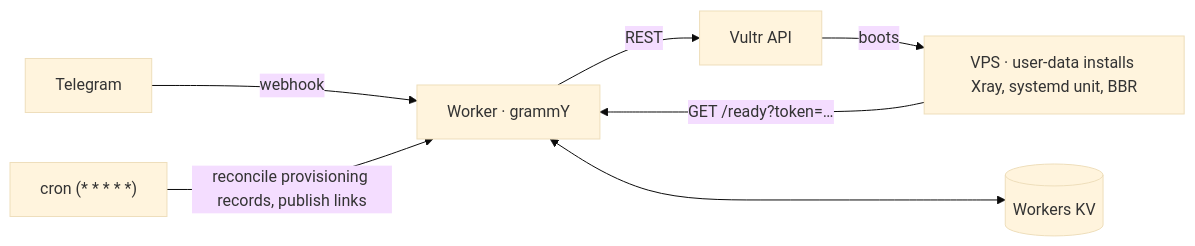
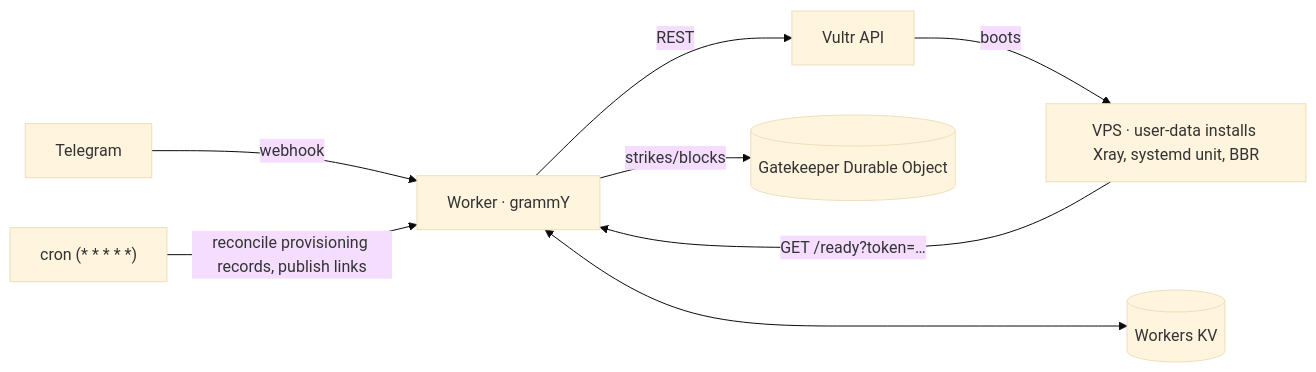
One commit to notlega/telegram-vpn-bot changed the diagram in docs/architecture.md. Above: the diagram before and after it, drawn with Mermaid (base theme). The commit also changed other lines of this file and 6 other files, not shown here.

Commit message:
feat: block repeat unauthorized senders via durable object

````diff
--- a/docs/architecture.md
+++ b/docs/architecture.md
@@ -5,9 +5,10 @@
 ```mermaid
 flowchart LR
     tg[Telegram] -- webhook --> w[Worker · grammY]
     w -- REST --> v[Vultr API]
     v -- boots --> vps["VPS · user-data installs Xray, systemd unit, BBR"]
     vps -- "GET /ready?token=…" --> w
     cron["cron (* * * * *)"] -- reconcile provisioning records, publish links --> w
     w <---> kv[(Workers KV)]
+    w -- strikes/blocks --> gate[(Gatekeeper Durable Object)]
 ```
````
